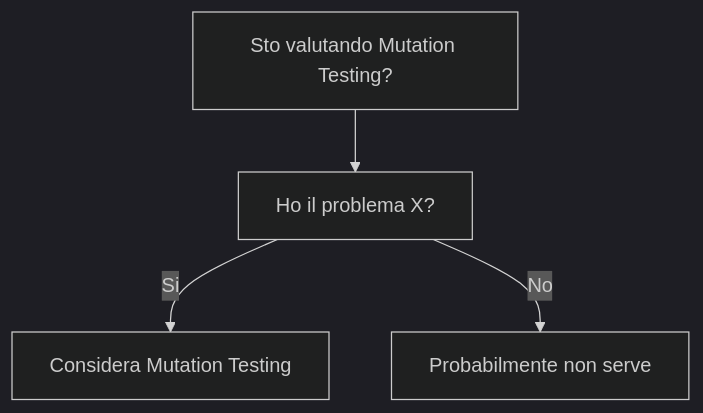
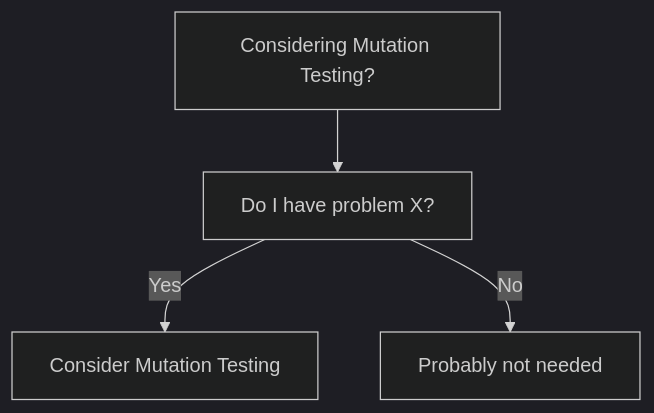
Before and after one commit to HxT9/Software-Dev-Wiki: the diagram in dev-wiki/09_Testing/Mutation_Testing/When_To_Use.md, drawn with Mermaid (dark theme). The commit also changed other lines of this file and 3444 other files, not shown here.

````diff
--- a/dev-wiki/09_Testing/Mutation_Testing/When_To_Use.md
+++ b/dev-wiki/09_Testing/Mutation_Testing/When_To_Use.md
@@ -19,6 +19,6 @@
 ```mermaid
 flowchart TD
-  Q[Sto valutando Mutation Testing?] --> Q1[Ho il problema X?]
-  Q1 -->|Si| OK[Considera Mutation Testing]
-  Q1 -->|No| NO[Probabilmente non serve]
+  Q[Considering Mutation Testing?] --> Q1[Do I have problem X?]
+  Q1 -->|Yes| OK[Consider Mutation Testing]
+  Q1 -->|No| NO[Probably not needed]
 ```
````
